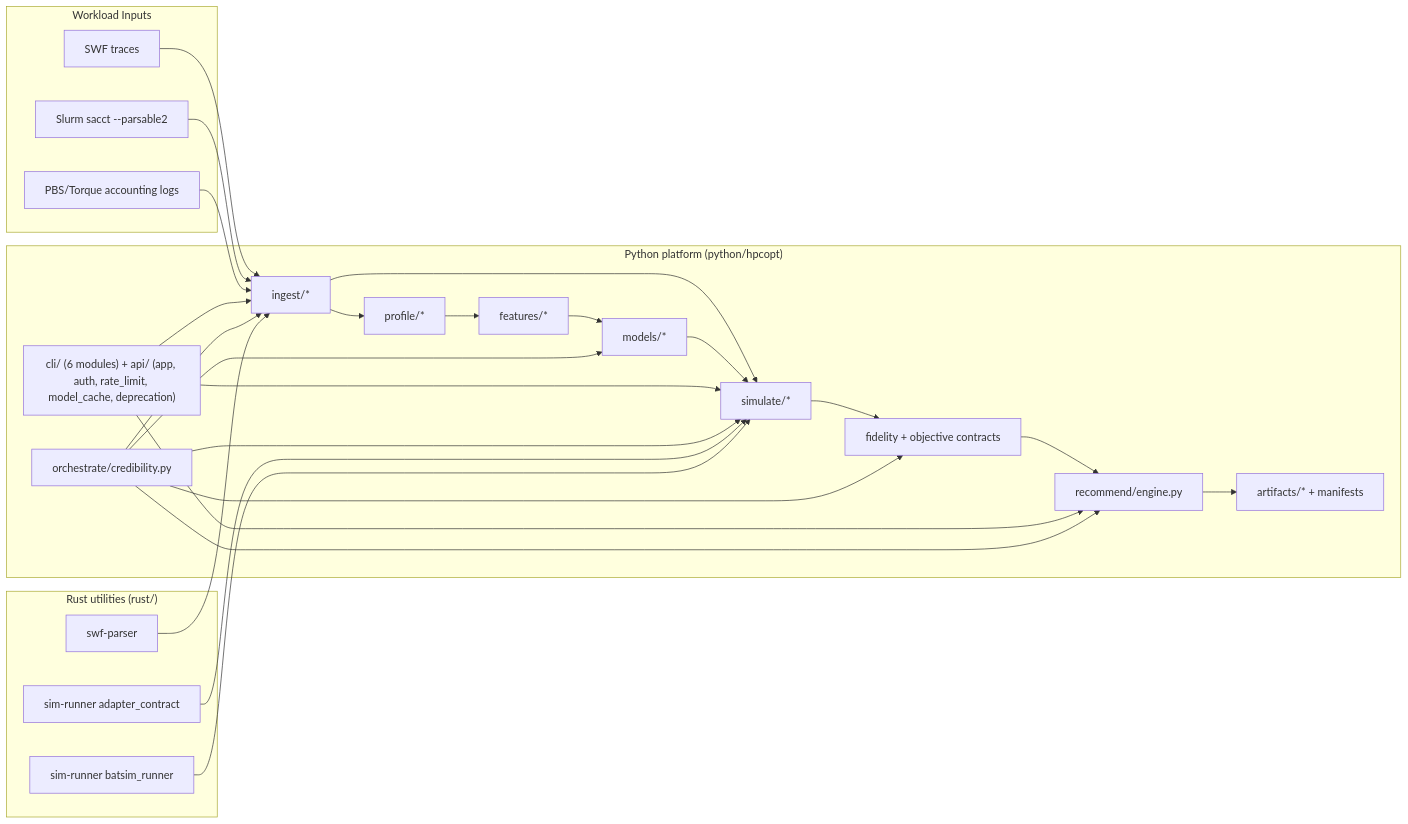
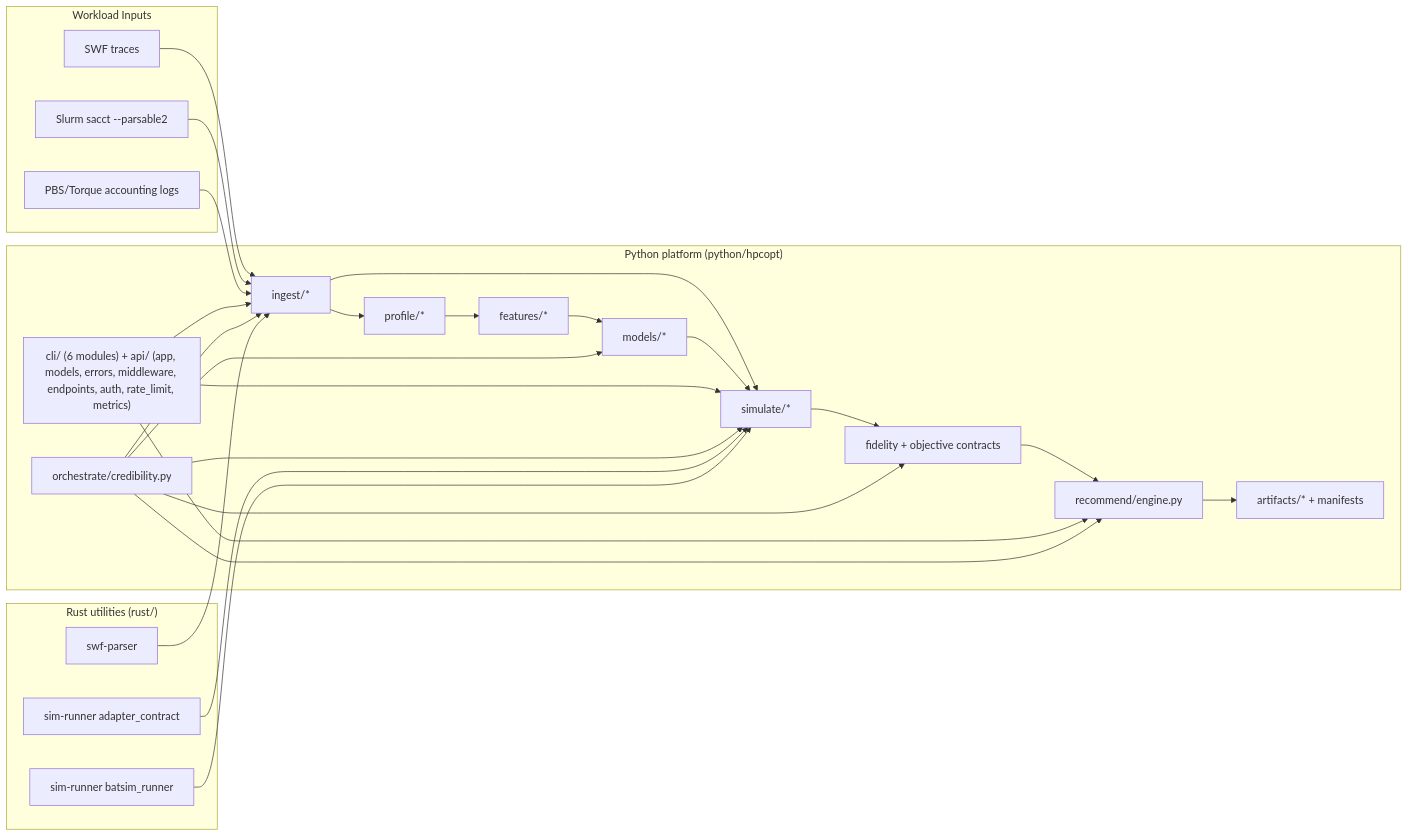
Before and after one commit to ErenAri/HCP-workload-optimizer: the first of 8 diagrams in README.md, drawn with Mermaid. The commit also changed other lines of this file and 3 other files, not shown here.

Commit message:
feat: Add comprehensive documentation for CLI and API interfaces, API versioning, and secrets management, and refactor the API module structure.

````diff
--- a/README.md
+++ b/README.md
@@ -132,45 +132,45 @@
 ```mermaid
 flowchart LR
   subgraph Inputs["Workload Inputs"]
     SWF["SWF traces"]
     SLURM["Slurm sacct --parsable2"]
     PBS["PBS/Torque accounting logs"]
   end
 
   subgraph Py["Python platform (python/hpcopt)"]
     ING["ingest/*"]
     PROF["profile/*"]
     FEAT["features/*"]
     MOD["models/*"]
     SIM["simulate/*"]
     FID["fidelity + objective contracts"]
     REC["recommend/engine.py"]
     ART["artifacts/* + manifests"]
-    IFACE["cli/ (6 modules) + api/ (app, auth, rate_limit, model_cache, deprecation)"]
+    IFACE["cli/ (6 modules) + api/ (app, models, errors, middleware, endpoints, auth, rate_limit, metrics)"]
     ORCH["orchestrate/credibility.py"]
   end
 
   subgraph Rs["Rust utilities (rust/)"]
     RSWF["swf-parser"]
     RADAPT["sim-runner adapter_contract"]
     RBAT["sim-runner batsim_runner"]
   end
 
   SWF --> ING
   SLURM --> ING
   PBS --> ING
   ING --> PROF --> FEAT --> MOD
   ING --> SIM
   MOD --> SIM --> FID --> REC --> ART
   IFACE --> ING
   IFACE --> SIM
   IFACE --> REC
   ORCH --> ING
   ORCH --> MOD
   ORCH --> SIM
   ORCH --> FID
   ORCH --> REC
   RSWF --> ING
   RADAPT --> SIM
   RBAT --> SIM
 ```
````
